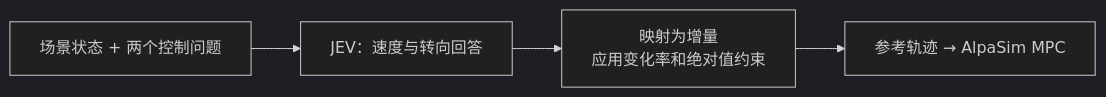
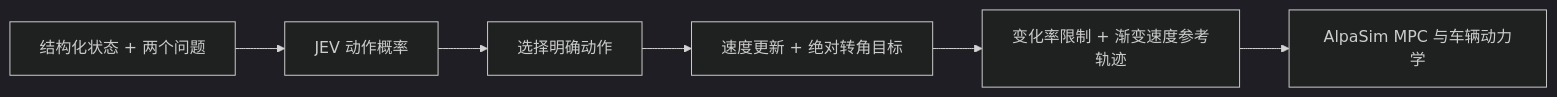
One commit to CATS-Lab/JEV-Drive changed the diagram in docs/jev-control.zh-CN.md. Above: the diagram before and after it, drawn with Mermaid (dark theme). The commit also changed other lines of this file and 18 other files, not shown here.

````diff
--- a/docs/jev-control.zh-CN.md
+++ b/docs/jev-control.zh-CN.md
@@ -7,6 +7,8 @@
 ```mermaid
 flowchart LR
-    A["场景状态 + 两个控制问题"] --> B["JEV：速度与转向回答"]
-    B --> C["映射为增量<br/>应用变化率和绝对值约束"]
-    C --> D["参考轨迹 → AlpaSim MPC"]
+    A[结构化状态 + 两个问题] --> B[JEV 动作概率]
+    B --> C[选择明确动作]
+    C --> D[速度更新 + 绝对转角目标]
+    D --> E[变化率限制 + 渐变速度参考轨迹]
+    E --> F[AlpaSim MPC 与车辆动力学]
 ```
````
